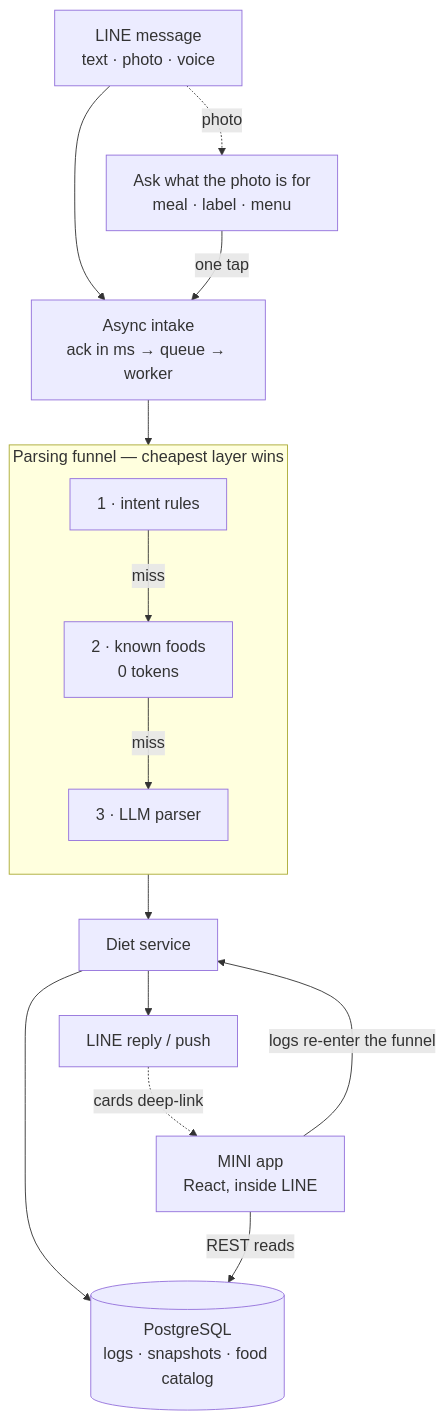
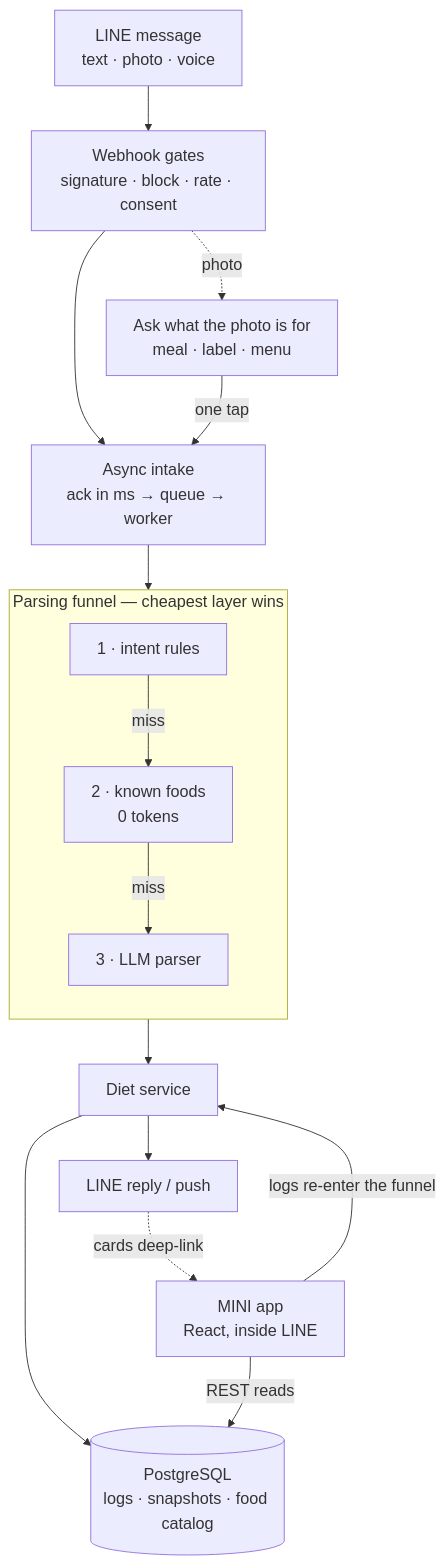
Before and after one commit to jeffery12697/fitneko-case-study: the diagram in README.md, drawn with Mermaid. The commit also changed other lines of this file and 6 other files, not shown here.

Commit message:
Devlog: abuse protection, consent, monitoring alerts, streak repair; deep dive 10 consent gate

````diff
--- a/README.md
+++ b/README.md
@@ -44,20 +46,21 @@
 ```mermaid
 %%{init: {"themeVariables": {"fontSize": "18px"}}}%%
 flowchart TD
-    LINE[LINE message<br/>text · photo · voice] --> IN[Async intake<br/>ack in ms → queue → worker]
-    LINE -. photo .-> ASK["Ask what the photo is for<br/>meal · label · menu"]
+    LINE[LINE message<br/>text · photo · voice] --> GATE[Webhook gates<br/>signature · block · rate · consent]
+    GATE --> IN[Async intake<br/>ack in ms → queue → worker]
+    GATE -. photo .-> ASK["Ask what the photo is for<br/>meal · label · menu"]
     ASK -- "one tap" --> IN
     IN --> RP
 
     subgraph FUNNEL [Parsing funnel — cheapest layer wins]
         direction TB
         RP["1 · intent rules"] -- miss --> KF["2 · known foods<br/>0 tokens"] -- miss --> LLM["3 · LLM parser"]
     end
 
     FUNNEL --> SVC[Diet service]
     SVC --> PG[(PostgreSQL<br/>logs · snapshots · food catalog)]
     SVC --> REPLY[LINE reply / push]
     REPLY -. cards deep-link .-> LIFF[MINI app<br/>React, inside LINE]
     LIFF -- REST reads --> PG
     LIFF -- "logs re-enter the funnel" --> SVC
 ```
````
